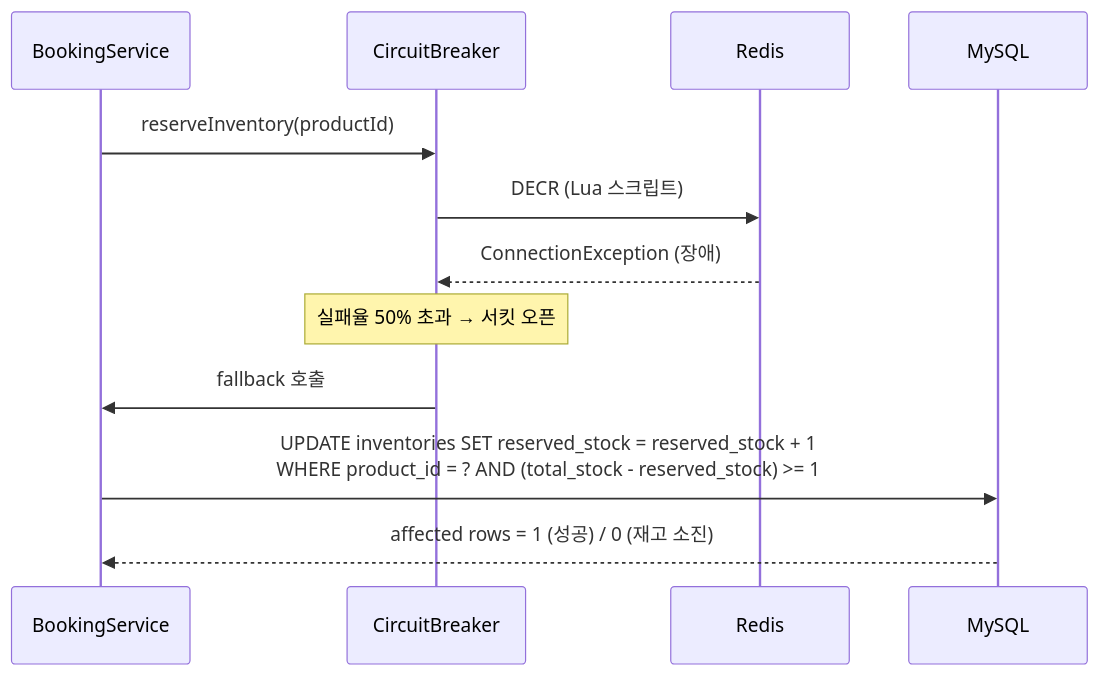
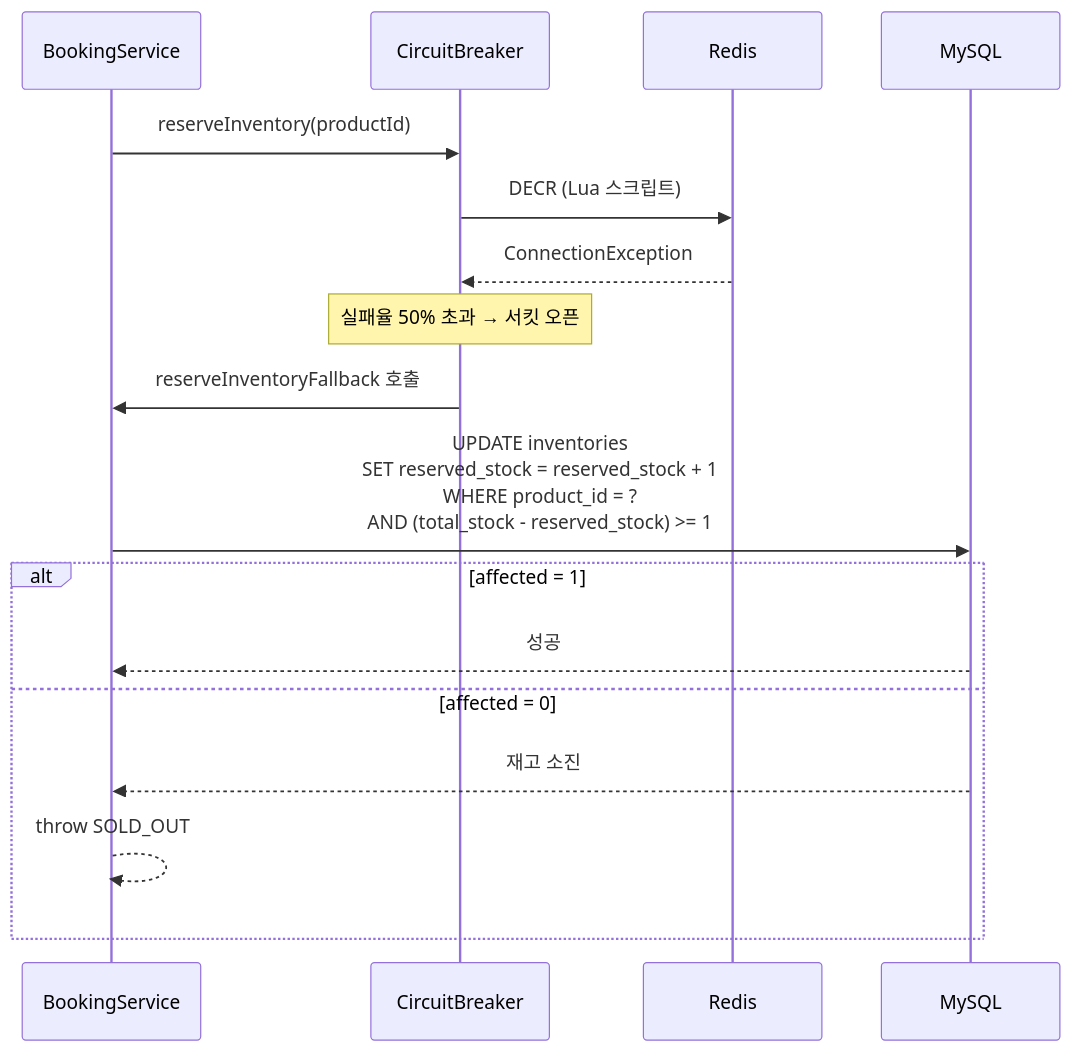
The second of 3 diagrams in README.md (arsgsg1/mybooking), drawn with Mermaid before and after one commit. The commit also changed other lines of this file, not shown here.

````diff
--- a/README.md
+++ b/README.md
@@ -131,15 +225,20 @@
 ```mermaid
 sequenceDiagram
     participant BS as BookingService
     participant CB as CircuitBreaker
     participant Redis
     participant DB as MySQL
 
     BS->>CB: reserveInventory(productId)
     CB->>Redis: DECR (Lua 스크립트)
-    Redis-->>CB: ConnectionException (장애)
+    Redis-->>CB: ConnectionException
     Note over CB: 실패율 50% 초과 → 서킷 오픈
-    CB->>BS: fallback 호출
-    BS->>DB: UPDATE inventories SET reserved_stock = reserved_stock + 1<br/>WHERE product_id = ? AND (total_stock - reserved_stock) >= 1
-    DB-->>BS: affected rows = 1 (성공) / 0 (재고 소진)
+    CB->>BS: reserveInventoryFallback 호출
+    BS->>DB: UPDATE inventories<br/>SET reserved_stock = reserved_stock + 1<br/>WHERE product_id = ?<br/>AND (total_stock - reserved_stock) >= 1
+    alt affected = 1
+        DB-->>BS: 성공
+    else affected = 0
+        DB-->>BS: 재고 소진
+        BS-->>BS: throw SOLD_OUT
+    end
 ```
````
